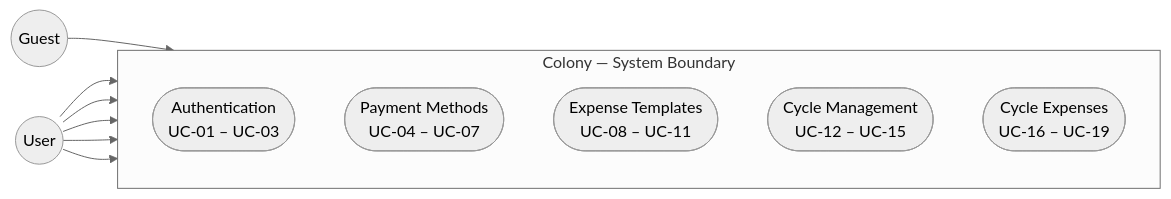
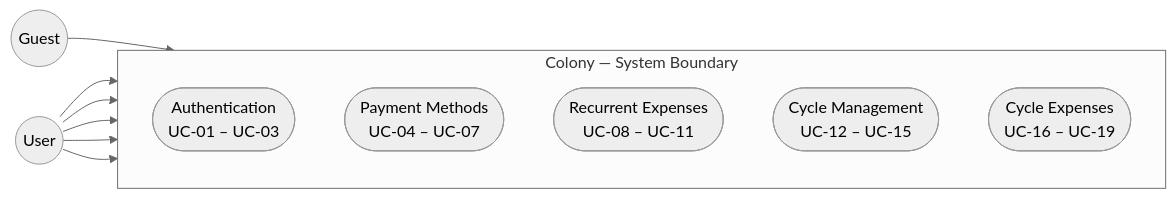
One commit to jcarranz97/colony changed the first of 6 diagrams in docs/use-cases.md. Above: the diagram before and after it, drawn with Mermaid (neutral theme). The commit also changed other lines of this file and 48 other files, not shown here.

Commit message:
Replace expense templates by recurrent expenses (#32)

````diff
--- a/docs/use-cases.md
+++ b/docs/use-cases.md
@@ -53,21 +53,21 @@
 ```mermaid
 graph LR
     Guest((Guest))
     User((User))
 
     subgraph Colony["Colony — System Boundary"]
         direction TB
         Auth(["Authentication\nUC-01 – UC-03"])
         PM(["Payment Methods\nUC-04 – UC-07"])
-        ET(["Expense Templates\nUC-08 – UC-11"])
+        ET(["Recurrent Expenses\nUC-08 – UC-11"])
         CM(["Cycle Management\nUC-12 – UC-15"])
         CE(["Cycle Expenses\nUC-16 – UC-19"])
     end
 
     Guest --> Auth
     User --> Auth
     User --> PM
     User --> ET
     User --> CM
     User --> CE
 ```
````
